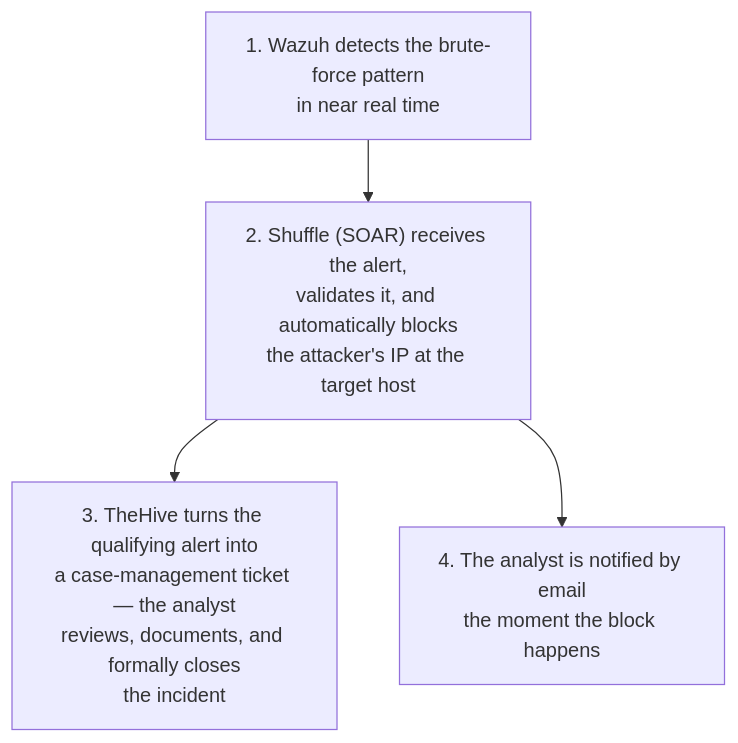
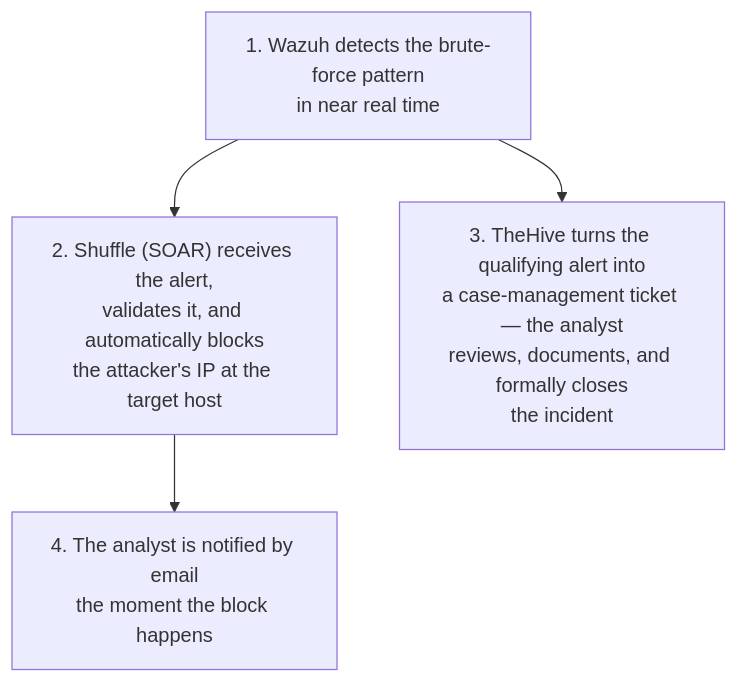
The diagram in reports/phase-b-hardening/config/phase-b-brute-force-blocking.md (ahmedargoubi/soc-lab-repo), drawn with Mermaid before and after one commit.

Commit message:
Update flow diagram connections in documentation

````diff
--- a/reports/phase-b-hardening/config/phase-b-brute-force-blocking.md
+++ b/reports/phase-b-hardening/config/phase-b-brute-force-blocking.md
@@ -38,11 +38,11 @@
 ```mermaid
 flowchart TD
     A["1. Wazuh detects the brute-force pattern<br/>in near real time"]
     B["2. Shuffle (SOAR) receives the alert,<br/>validates it, and automatically blocks<br/>the attacker's IP at the target host"]
     C["3. TheHive turns the qualifying alert into<br/>a case-management ticket — the analyst<br/>reviews, documents, and formally closes<br/>the incident"]
     D["4. The analyst is notified by email<br/>the moment the block happens"]
 
     A --> B
-    B --> C
+    A --> C
     B --> D
 ```
````
